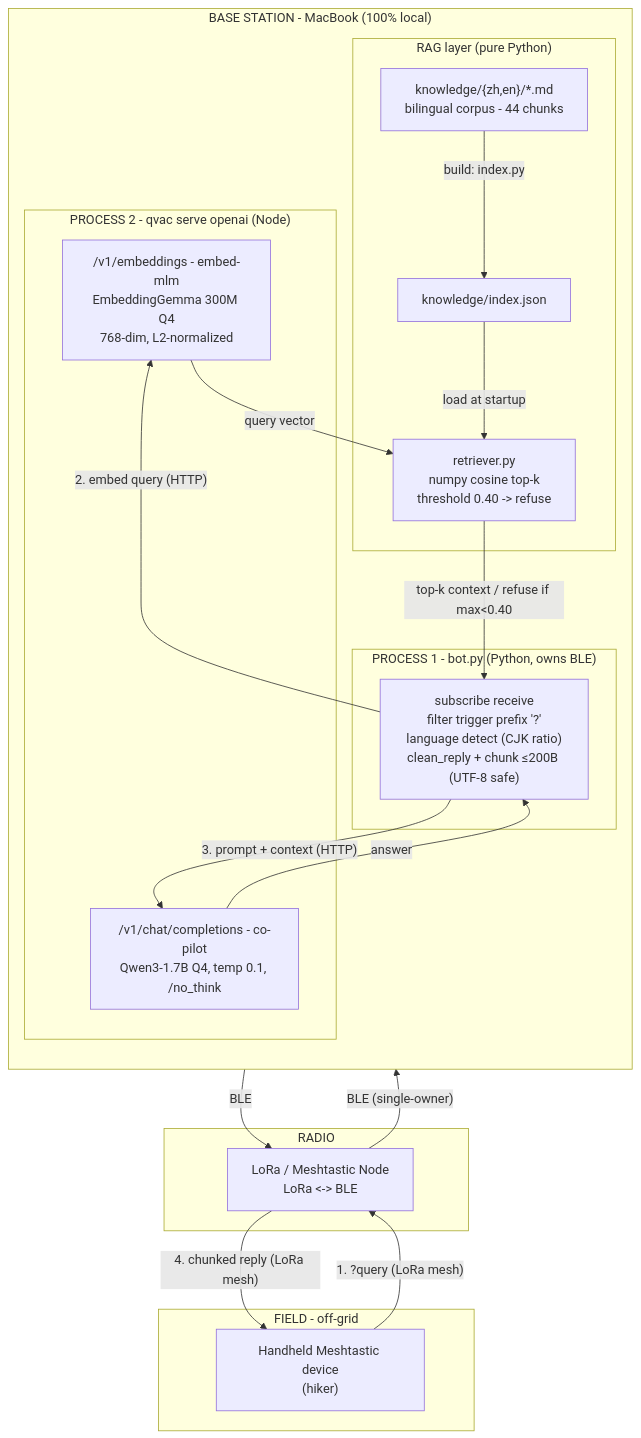
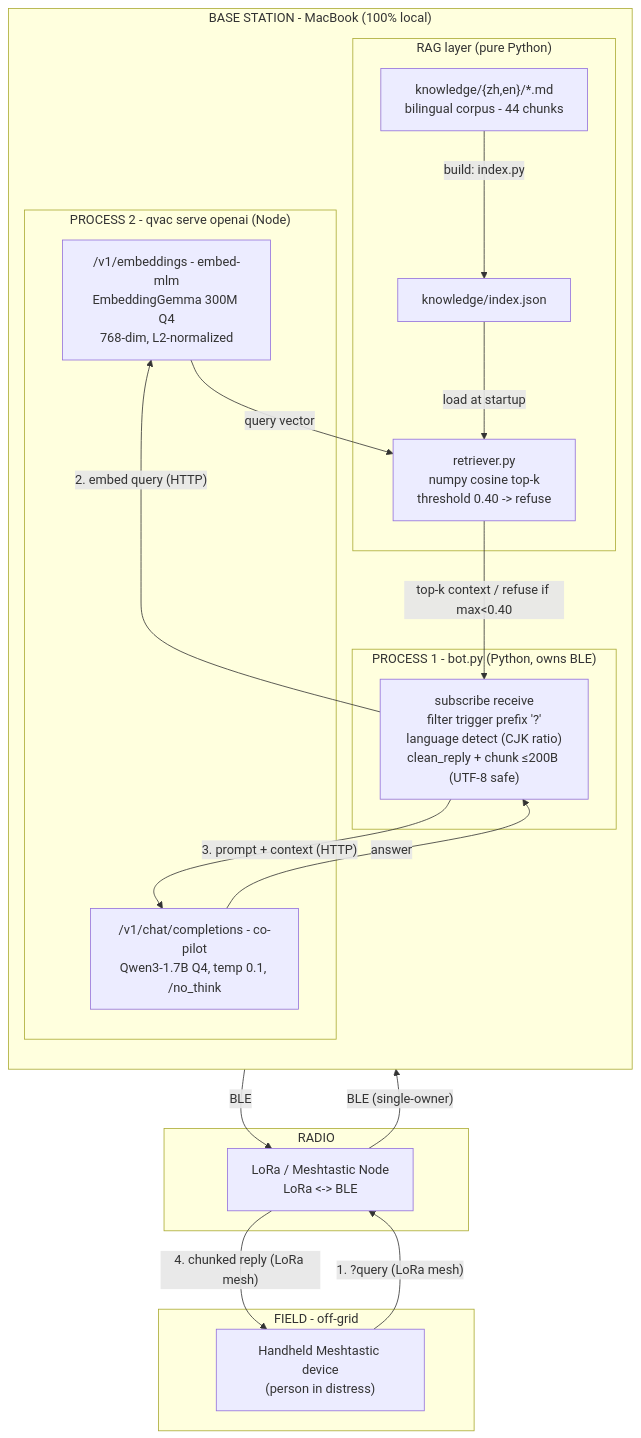
Before and after one commit to Chriskatz/survival-copilot: the diagram in architecture.md, drawn with Mermaid. The commit also changed other lines of this file and 4 other files, not shown here.

````diff
--- a/architecture.md
+++ b/architecture.md
@@ -9,38 +10,38 @@
 ```mermaid
 flowchart TB
     subgraph FIELD["FIELD - off-grid"]
-        H["Handheld Meshtastic device<br/>(hiker)"]
+        H["Handheld Meshtastic device<br/>(person in distress)"]
     end
 
     subgraph RADIO["RADIO"]
         W["LoRa / Meshtastic Node<br/>LoRa &lt;-&gt; BLE"]
     end
 
     subgraph MAC["BASE STATION - MacBook (100% local)"]
         direction TB
         subgraph P1["PROCESS 1 - bot.py (Python, owns BLE)"]
             BOT["subscribe receive<br/>filter trigger prefix '?'<br/>language detect (CJK ratio)<br/>clean_reply + chunk &le;200B (UTF-8 safe)"]
         end
         subgraph RAGL["RAG layer (pure Python)"]
             COR["knowledge/{zh,en}/*.md<br/>bilingual corpus - 44 chunks"]
             IDX["knowledge/index.json"]
             RET["retriever.py<br/>numpy cosine top-k<br/>threshold 0.40 -> refuse"]
         end
         subgraph P2["PROCESS 2 - qvac serve openai (Node)"]
             EMB["/v1/embeddings - embed-mlm<br/>EmbeddingGemma 300M Q4<br/>768-dim, L2-normalized"]
             LLM["/v1/chat/completions - co-pilot<br/>Qwen3-1.7B Q4, temp 0.1, /no_think"]
         end
     end
 
     H   -- "1. ?query (LoRa mesh)" --> W
     W   -- "BLE (single-owner)"     --> BOT
     BOT -- "2. embed query (HTTP)"  --> EMB
     EMB -- "query vector"           --> RET
     COR -- "build: index.py"        --> IDX
     IDX -- "load at startup"        --> RET
     RET -- "top-k context / refuse if max&lt;0.40" --> BOT
     BOT -- "3. prompt + context (HTTP)" --> LLM
     LLM -- "answer"                 --> BOT
     BOT -- "BLE"                    --> W
     W   -- "4. chunked reply (LoRa mesh)" --> H
 ```
````
